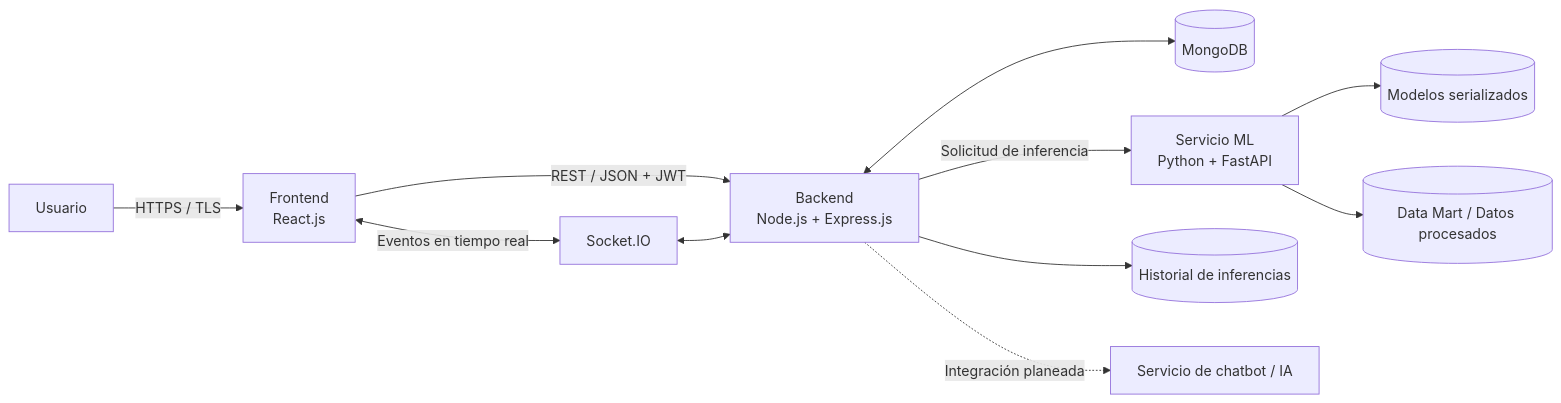
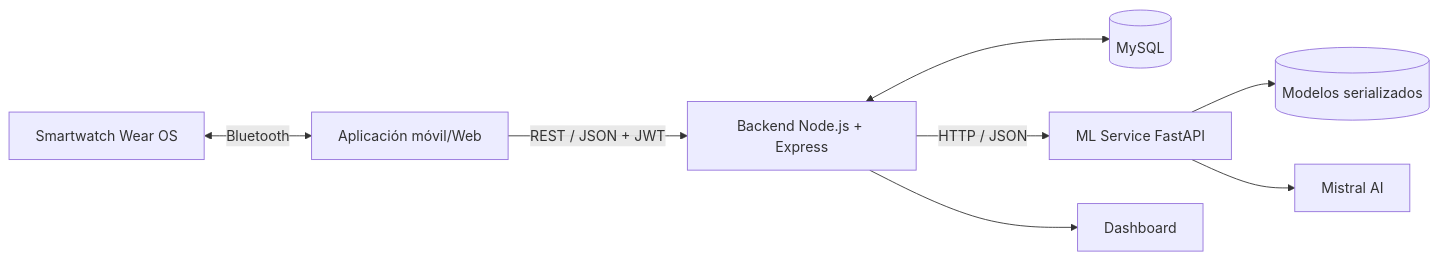
The diagram in README.md (KouDionicio/9A-IDGS-ECBD-VitalMind-), drawn with Mermaid before and after one commit. The commit also changed other lines of this file and 13 other files, not shown here.

````diff
--- a/README.md
+++ b/README.md
@@ -202,13 +191,10 @@
 ```mermaid
 flowchart LR
-    U[Usuario] -->|HTTPS / TLS| F[Frontend<br/>React.js]
-    F -->|REST / JSON + JWT| B[Backend<br/>Node.js + Express.js]
-    F <-->|Eventos en tiempo real| S[Socket.IO]
-    S <--> B
-    B <--> DB[(MongoDB)]
-    B -->|Solicitud de inferencia| ML[Servicio ML<br/>Python + FastAPI]
+    W[Smartwatch Wear OS] <-->|Bluetooth| A[Aplicación móvil/Web]
+    A -->|REST / JSON + JWT| B[Backend Node.js + Express]
+    B <--> DB[(MySQL)]
+    B -->|HTTP / JSON| ML[ML Service FastAPI]
     ML --> M[(Modelos serializados)]
-    ML --> DW[(Data Mart / Datos procesados)]
-    B --> INF[(Historial de inferencias)]
-    B -. Integración planeada .-> CHAT[Servicio de chatbot / IA]
+    ML --> CHAT[Mistral AI]
+    B --> D[Dashboard]
 ```
````
